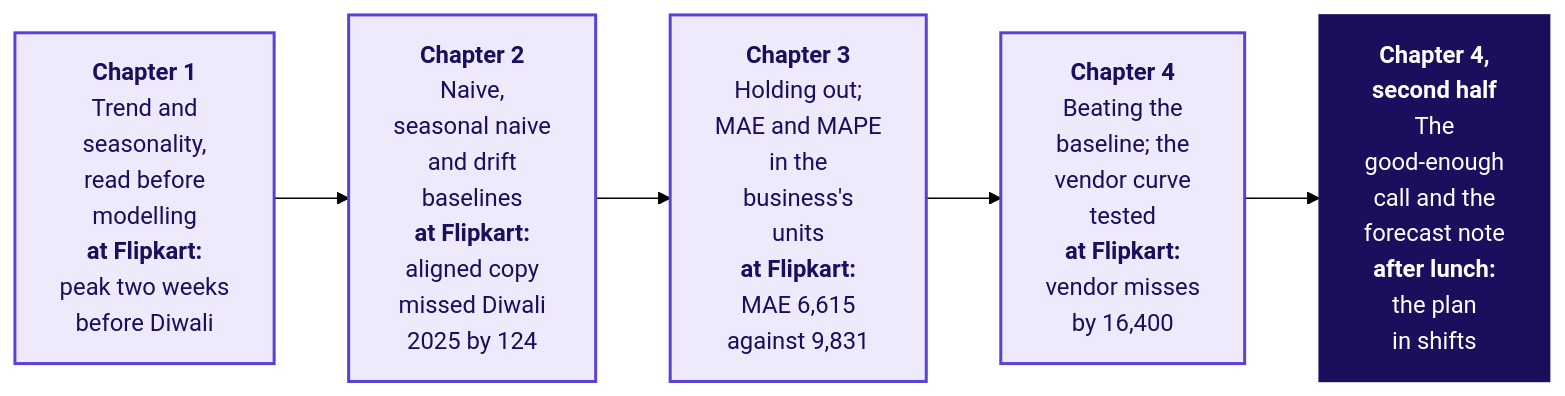
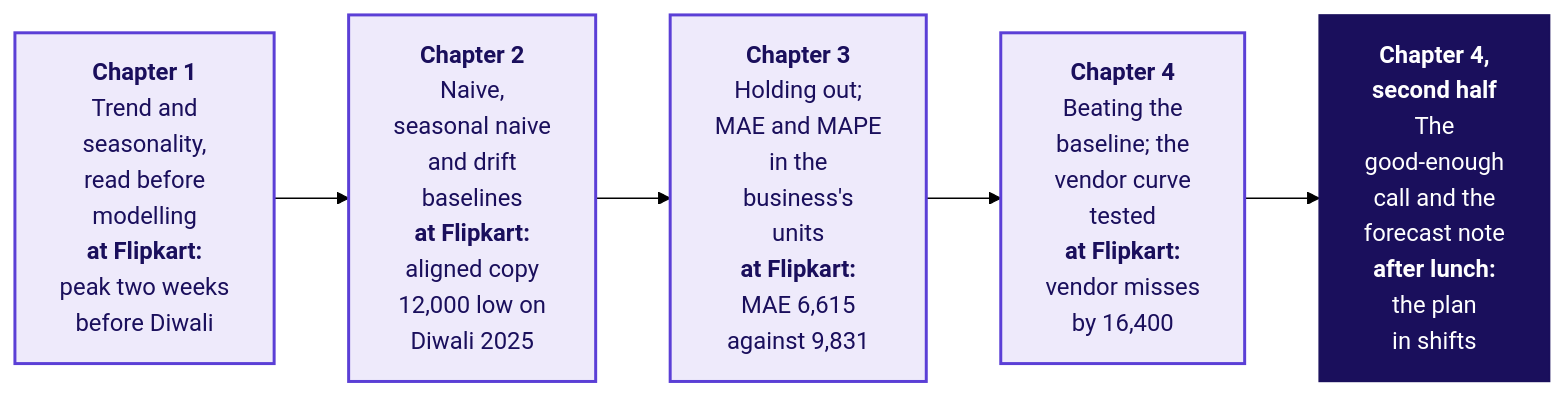
The first of 4 diagrams in content/W04/D5/slides/C2_W04_D05_half2_STUDENT.md (fde-academy-lab/c2-content-factory), drawn with Mermaid (forest theme) before and after one commit. The commit also changed other lines of this file and 5 other files, not shown here.

````diff
--- a/content/W04/D5/slides/C2_W04_D05_half2_STUDENT.md
+++ b/content/W04/D5/slides/C2_W04_D05_half2_STUDENT.md
@@ -12,11 +12,11 @@
 ```mermaid
 flowchart LR
-    T1["<b>Chapter 1</b><br/>Trend and<br/>seasonality,<br/>read before<br/>modelling<br/><b>at Flipkart:</b><br/>peak two weeks<br/>before Diwali"] --> T2["<b>Chapter 2</b><br/>Naive,<br/>seasonal naive<br/>and drift<br/>baselines<br/><b>at Flipkart:</b><br/>aligned copy<br/>missed Diwali<br/>2025 by 124"]
+    T1["<b>Chapter 1</b><br/>Trend and<br/>seasonality,<br/>read before<br/>modelling<br/><b>at Flipkart:</b><br/>peak two weeks<br/>before Diwali"] --> T2["<b>Chapter 2</b><br/>Naive,<br/>seasonal naive<br/>and drift<br/>baselines<br/><b>at Flipkart:</b><br/>aligned copy<br/>12,000 low on<br/>Diwali 2025"]
     T2 --> T3["<b>Chapter 3</b><br/>Holding out;<br/>MAE and MAPE<br/>in the<br/>business's<br/>units<br/><b>at Flipkart:</b><br/>MAE 6,615<br/>against 9,831"]
     T3 --> T4["<b>Chapter 4</b><br/>Beating the<br/>baseline; the<br/>vendor curve<br/>tested<br/><b>at Flipkart:</b><br/>vendor misses<br/>by 16,400"]
     T4 --> T5["<b>Chapter 4,</b><br/><b>second half</b><br/>The<br/>good-enough<br/>call and the<br/>forecast note<br/><b>after lunch:</b><br/>the plan<br/>in shifts"]
     classDef lit fill:#1A0F5C,stroke:#1A0F5C,color:#FFFFFF
     classDef known fill:#EEEAFB,stroke:#5B3FD6,color:#1A0F5C,stroke-width:2px
     class T1,T2,T3,T4 known
     class T5 lit
 ```
````
